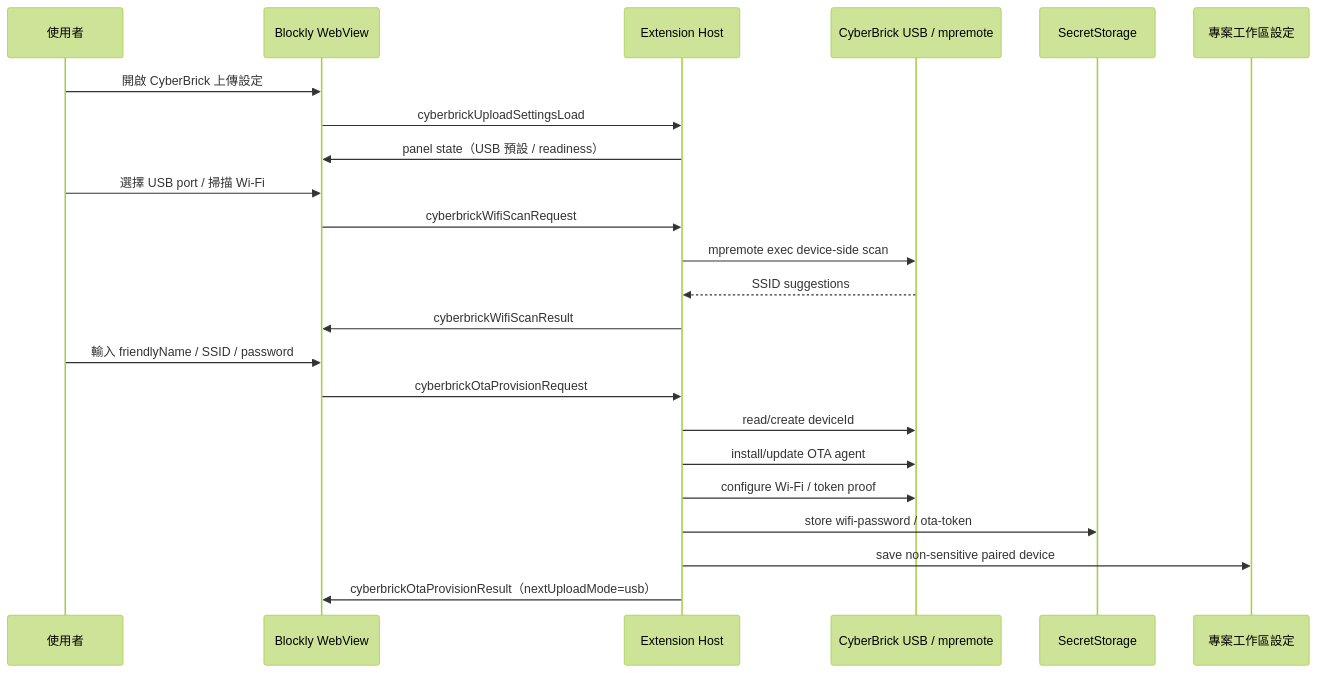
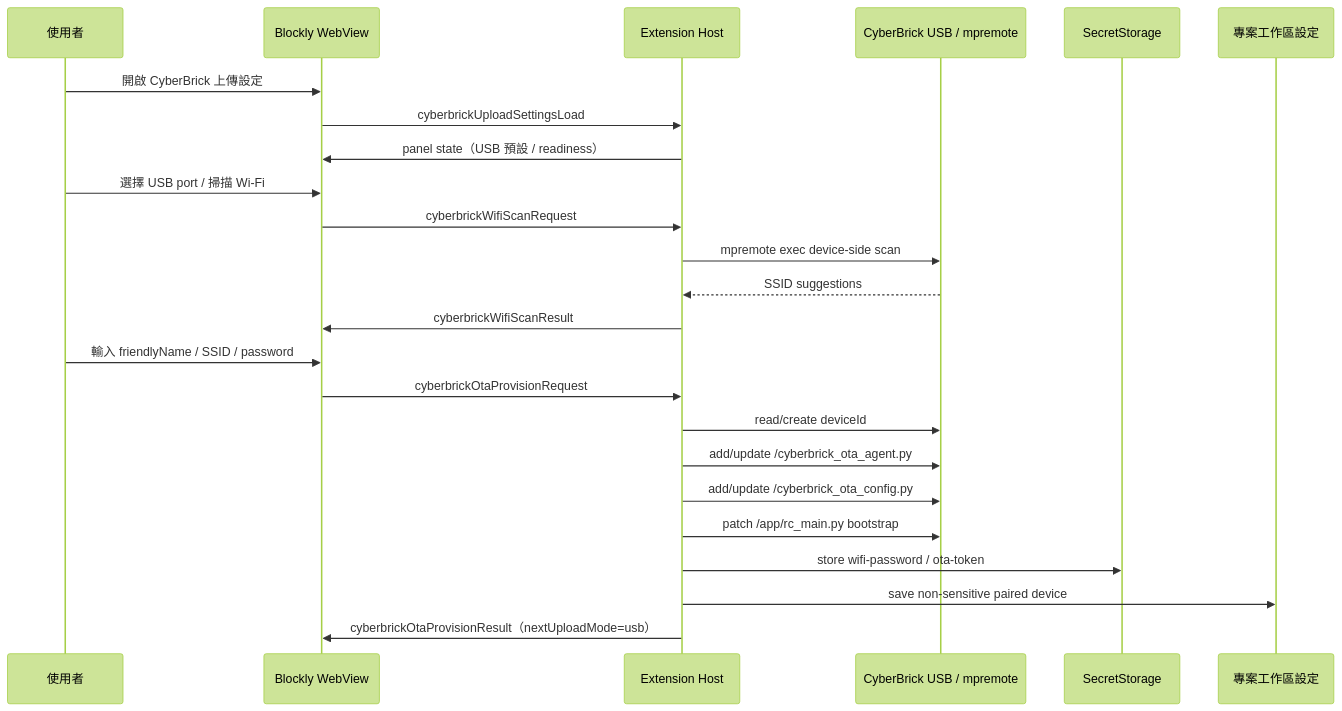
Before and after one commit to Shen-Ming-Hong/singular-blockly: the diagram in specs/059-cyberbrick-upload-modes/contracts/ota-provisioning.md, drawn with Mermaid (forest theme). The commit also changed other lines of this file and 10 other files, not shown here.

````diff
--- a/specs/059-cyberbrick-upload-modes/contracts/ota-provisioning.md
+++ b/specs/059-cyberbrick-upload-modes/contracts/ota-provisioning.md
@@ -9,26 +9,27 @@
 ```mermaid
 sequenceDiagram
     participant U as 使用者
     participant W as Blockly WebView
     participant E as Extension Host
     participant USB as CyberBrick USB / mpremote
     participant S as SecretStorage
     participant P as 專案工作區設定
 
     U->>W: 開啟 CyberBrick 上傳設定
     W->>E: cyberbrickUploadSettingsLoad
     E->>W: panel state（USB 預設 / readiness）
     U->>W: 選擇 USB port / 掃描 Wi‑Fi
     W->>E: cyberbrickWifiScanRequest
     E->>USB: mpremote exec device-side scan
     USB-->>E: SSID suggestions
     E->>W: cyberbrickWifiScanResult
     U->>W: 輸入 friendlyName / SSID / password
     W->>E: cyberbrickOtaProvisionRequest
     E->>USB: read/create deviceId
-    E->>USB: install/update OTA agent
-    E->>USB: configure Wi‑Fi / token proof
+    E->>USB: add/update /cyberbrick_ota_agent.py
+    E->>USB: add/update /cyberbrick_ota_config.py
+    E->>USB: patch /app/rc_main.py bootstrap
     E->>S: store wifi-password / ota-token
     E->>P: save non-sensitive paired device
     E->>W: cyberbrickOtaProvisionResult（nextUploadMode=usb）
 ```
````
